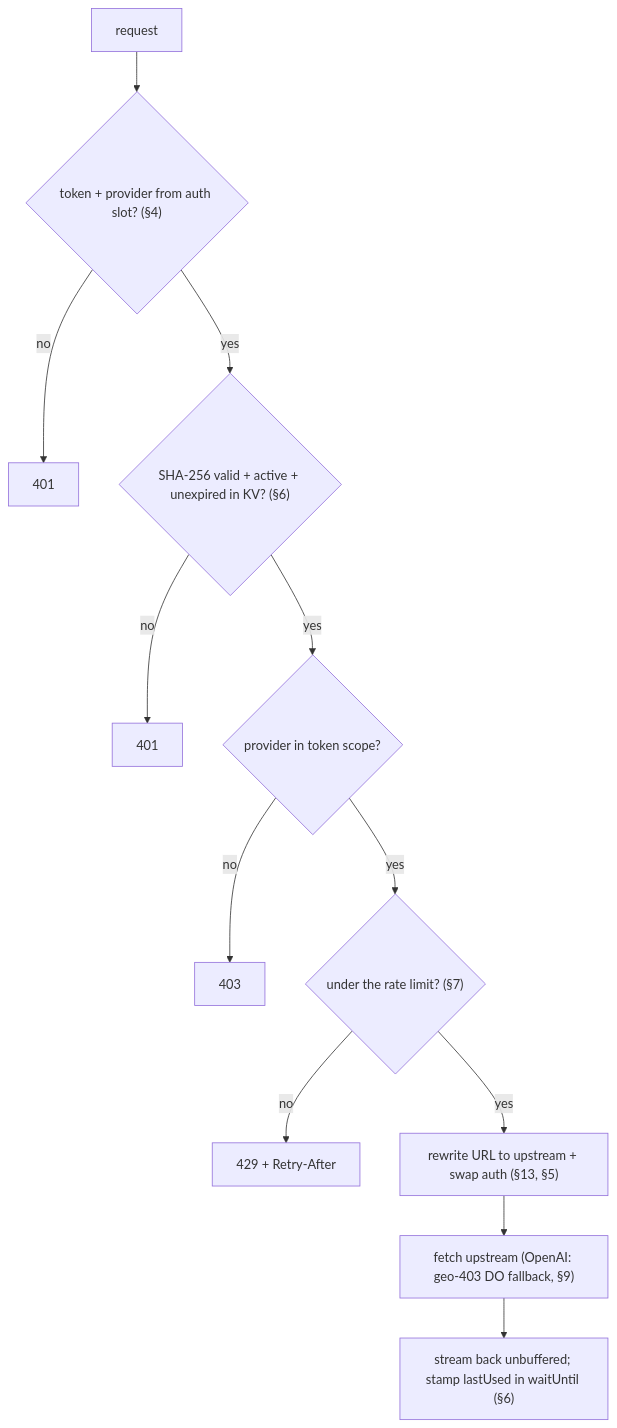
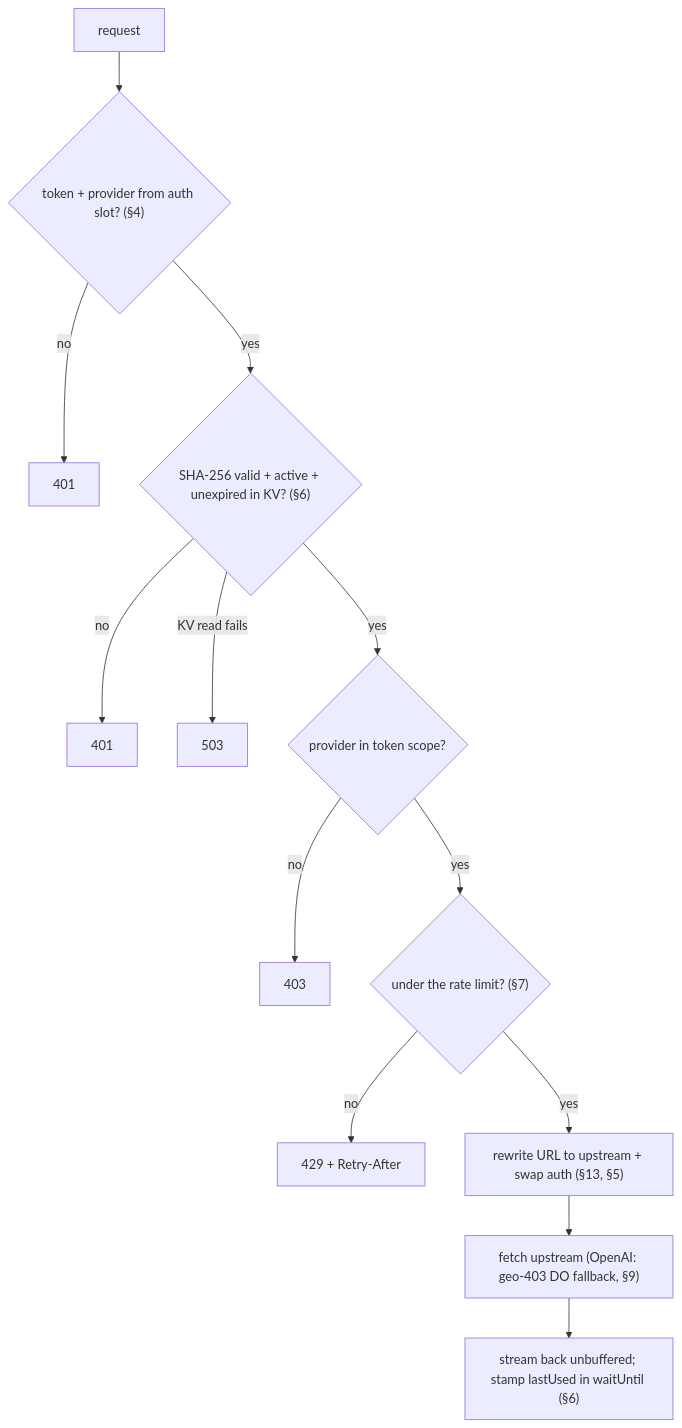
The second of 6 diagrams in docs/architecture.md (Bug-Finderr/api-proxy), drawn with Mermaid before and after one commit. The commit also changed other lines of this file and 11 other files, not shown here.

````diff
--- a/docs/architecture.md
+++ b/docs/architecture.md
@@ -42,14 +42,15 @@
 ```mermaid
 flowchart TD
     A[request] --> B{"token + provider from auth slot? (§4)"}
     B -- no --> E1[401]
     B -- yes --> C{"SHA-256 valid + active + unexpired in KV? (§6)"}
     C -- no --> E2[401]
+    C -- "KV read fails" --> E5["503"]
     C -- yes --> D{"provider in token scope?"}
     D -- no --> E3[403]
     D -- yes --> F{"under the rate limit? (§7)"}
     F -- no --> E4["429 + Retry-After"]
     F -- yes --> G["rewrite URL to upstream + swap auth (§13, §5)"]
     G --> H["fetch upstream (OpenAI: geo-403 DO fallback, §9)"]
     H --> I["stream back unbuffered; stamp lastUsed in waitUntil (§6)"]
 ```
````
